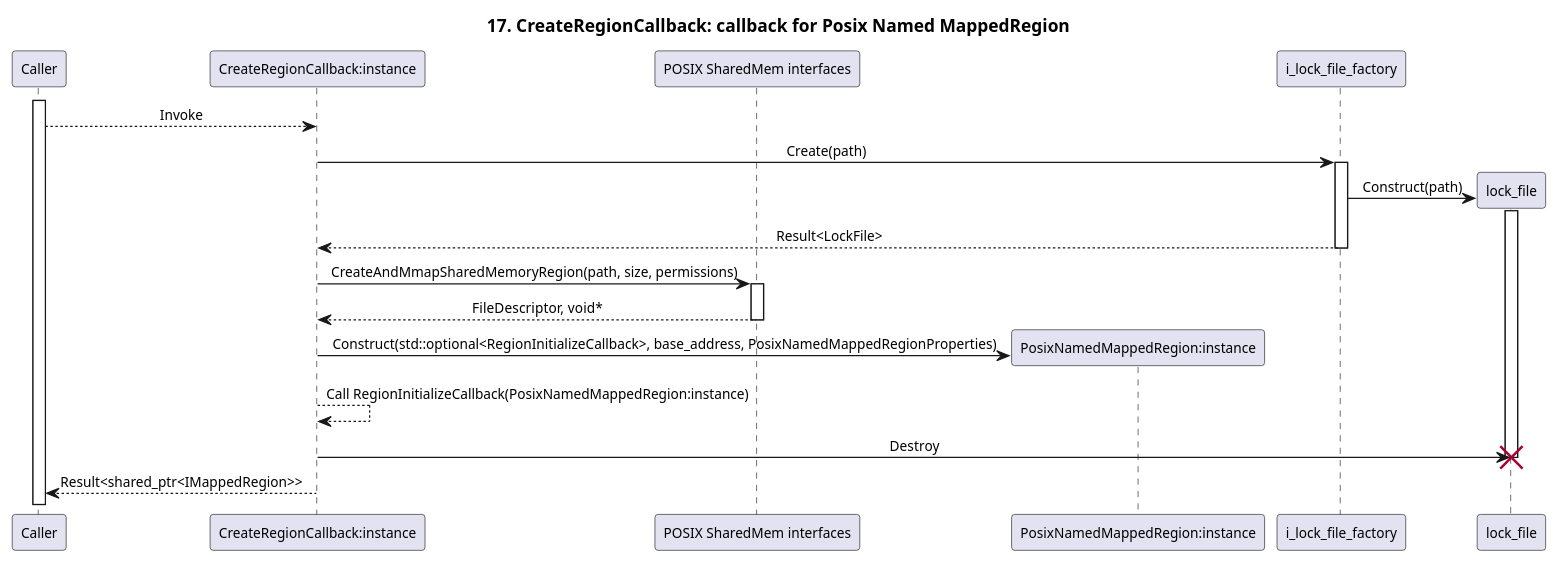
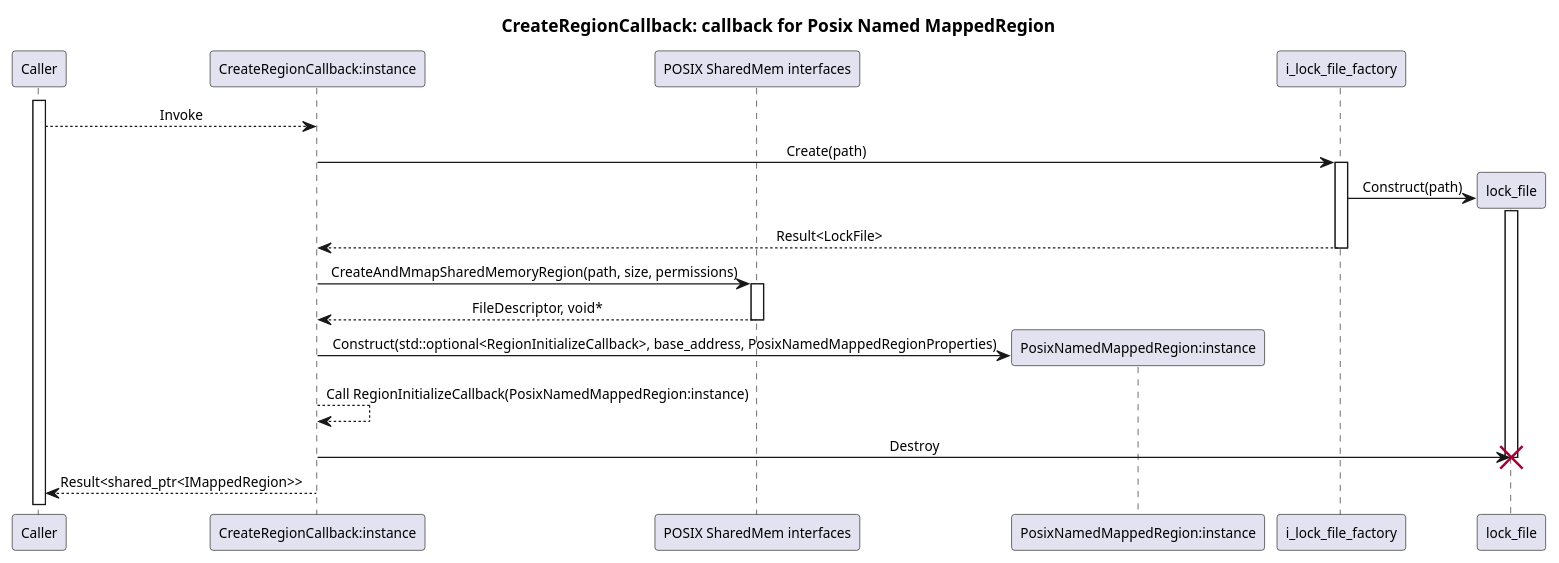
The diagram in score/memory/shared/design/redesign_proposal/assets/seq_17_posix_named_mapped_region_create.puml (eclipse-score/communication), drawn with PlantUML before and after one commit. The commit also changed 32 other files, not shown here.

Commit message:
Adapt sequences, class diagram and extended README.md

```diff
--- a/score/memory/shared/design/redesign_proposal/assets/seq_17_posix_named_mapped_region_create.puml
+++ b/score/memory/shared/design/redesign_proposal/assets/seq_17_posix_named_mapped_region_create.puml
@@ -1,40 +1,40 @@
 @startuml seq_17_posix_named_mapped_region_create_callback
-title 17. CreateRegionCallback: callback for Posix Named MappedRegion
+title CreateRegionCallback: callback for Posix Named MappedRegion
 skinparam defaultFontSize 11
 skinparam sequenceMessageAlign center
 
 participant "Caller" as caller
 participant "CreateRegionCallback:instance" as create_region_callback
 participant "POSIX SharedMem interfaces" as posix_shared_memory
 participant "PosixNamedMappedRegion:instance" as posix_named_mapped_region
 
 activate caller
 caller --> create_region_callback : Invoke
 create_region_callback -> i_lock_file_factory : Create(path)
     activate i_lock_file_factory
 
     Create lock_file
     i_lock_file_factory -> lock_file : Construct(path)
     activate lock_file
 
     i_lock_file_factory --> create_region_callback : Result<LockFile>
     deactivate i_lock_file_factory
 
     create_region_callback -> posix_shared_memory : CreateAndMmapSharedMemoryRegion(path, size, permissions)
     activate posix_shared_memory
 
     posix_shared_memory --> create_region_callback : FileDescriptor, void*
     deactivate posix_shared_memory
 
     Create posix_named_mapped_region
     create_region_callback -> posix_named_mapped_region : Construct(std::optional<RegionInitializeCallback>, base_address, PosixNamedMappedRegionProperties)
 
     create_region_callback --> create_region_callback : Call RegionInitializeCallback(PosixNamedMappedRegion:instance)
 
     create_region_callback -> lock_file : Destroy
     destroy lock_file
 
     create_region_callback --> caller : Result<shared_ptr<IMappedRegion>>
     deactivate create_region_callback
 
 @enduml
```
